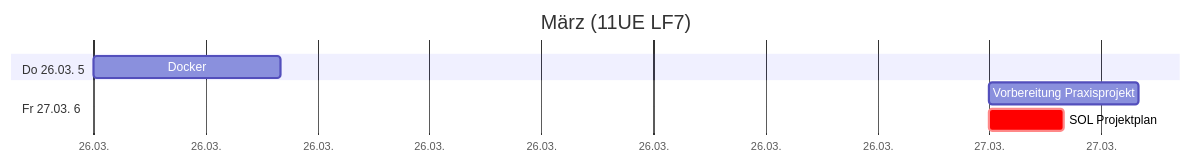
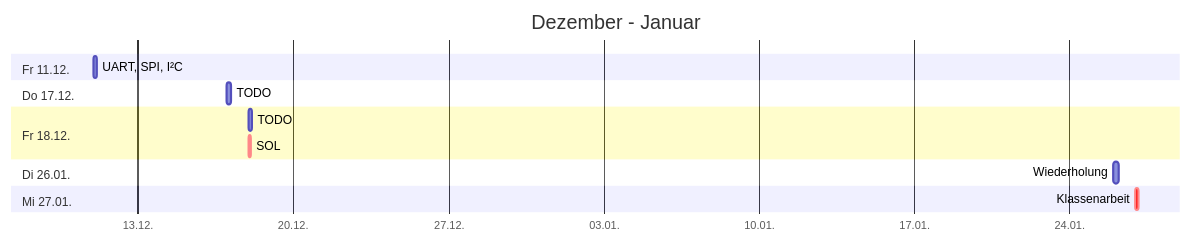
One commit to johannesloetzsch/LF7 changed the third of 4 diagrams in src/plan.md. Above: the diagram before and after it, drawn with Mermaid. The commit also changed other lines of this file, not shown here.

````diff
--- a/src/plan.md
+++ b/src/plan.md
@@ -101,11 +50,17 @@
 ```mermaid
 gantt
- title März (11UE LF7)
+ title Dezember - Januar
  dateFormat YYYY-MM-DD
  axisFormat %d.%m.
- section Do 26.03. 5
-  Docker                        :2026-03-26, 5h
- section Fr 27.03. 6
-  Vorbereitung Praxisprojekt    :2026-03-27, 4h
-  SOL Projektplan               :crit, 2026-03-27, 2h
+ section Fr 11.12.
+  UART, SPI, I²C              :2026-12-11, 4h
+ section Do 17.12.
+  TODO                        :2026-12-17, 5h
+ section Fr 18.12.
+  TODO                        :2026-12-18, 4h
+  SOL                         :crit, 2026-12-18, 2h
+ section Di 26.01.
+  Wiederholung                :2027-01-26, 5h
+ section Mi 27.01.
+  Klassenarbeit               :crit, 2027-01-27, 3h
 ```
````
